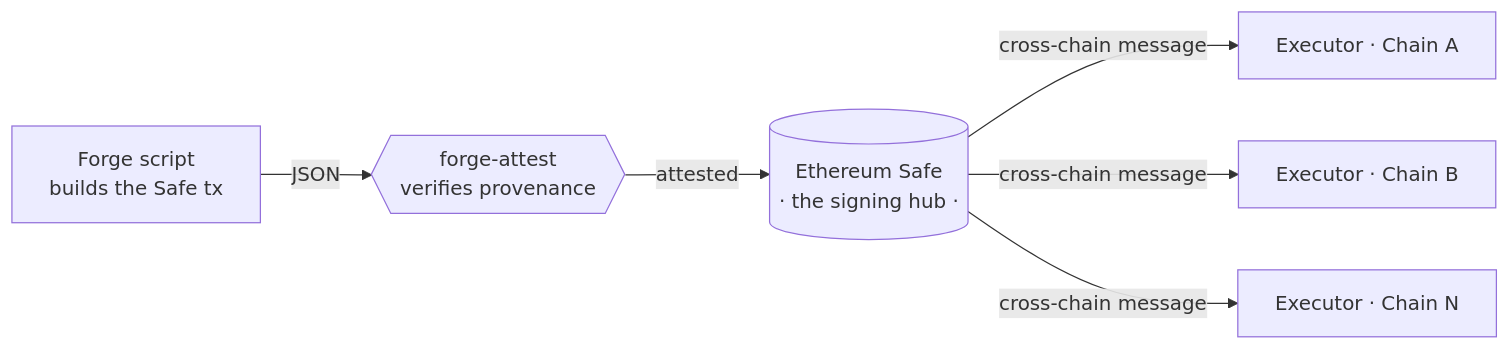
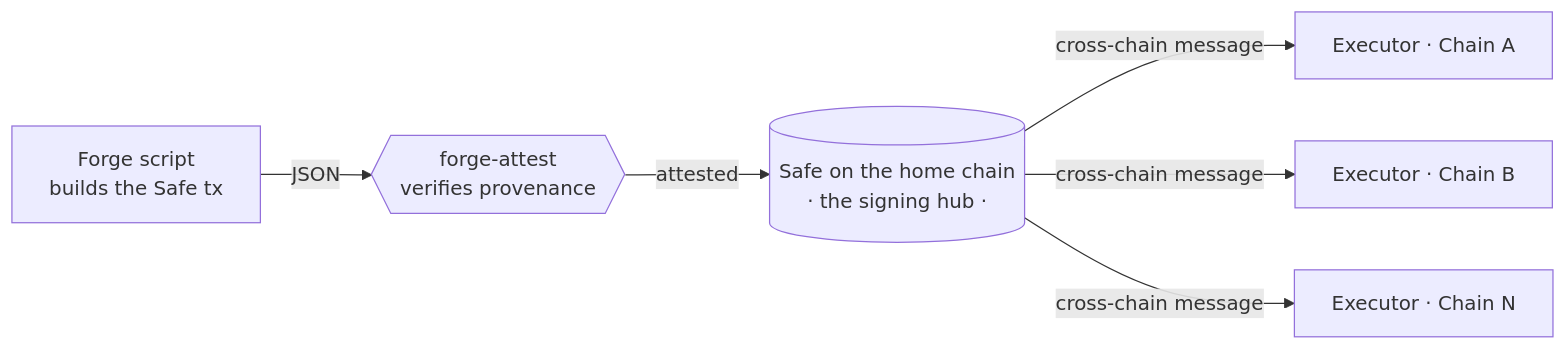
One commit to omnisig/.github changed the diagram in profile/README.md. Above: the diagram before and after it, drawn with Mermaid. The commit also changed other lines of this file, not shown here.

First line of the commit message:
Stop describing the anchor chain as Ethereum

````diff
--- a/profile/README.md
+++ b/profile/README.md
@@ -24,8 +29,8 @@
 ```mermaid
 flowchart LR
   script["Forge script<br/>builds the Safe tx"] -->|JSON| attest{{"forge-attest<br/>verifies provenance"}}
-  attest -->|attested| safe[("Ethereum Safe<br/>· the signing hub ·")]
+  attest -->|attested| safe[("Safe on the home chain<br/>· the signing hub ·")]
   safe -->|cross-chain message| a["Executor · Chain A"]
   safe -->|cross-chain message| b["Executor · Chain B"]
   safe -->|cross-chain message| n["Executor · Chain N"]
 ```
````
